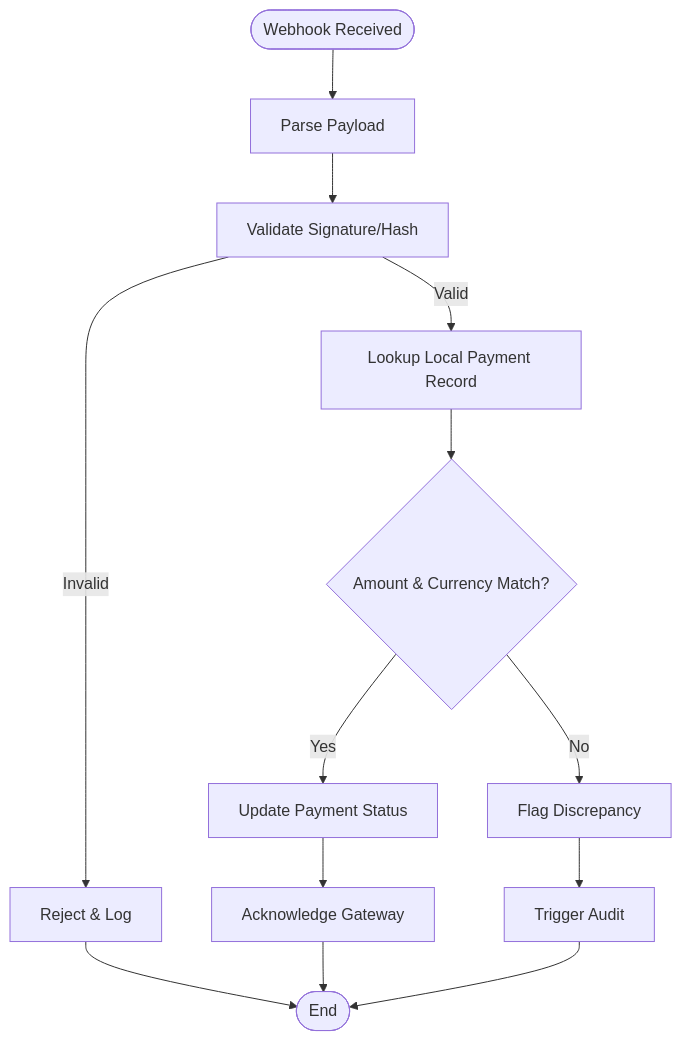
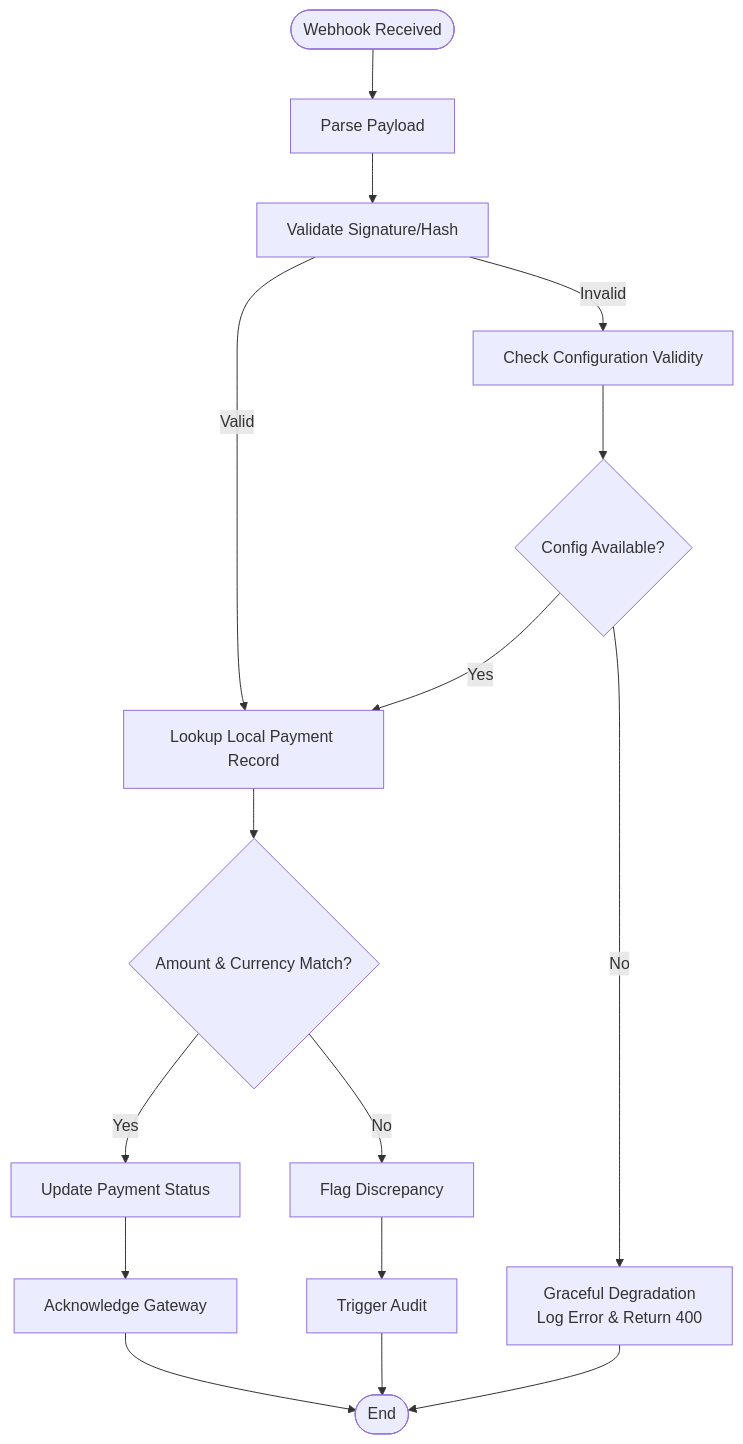
One commit to Hamdies/waddy_back changed the eighth of 10 diagrams in .qoder/repowiki/en/content/Payment Processing System/Payment Processing System.md. Above: the diagram before and after it, drawn with Mermaid. The commit also changed other lines of this file and 4 other files, not shown here.

````diff
--- a/.qoder/repowiki/en/content/Payment Processing System/Payment Processing System.md
+++ b/.qoder/repowiki/en/content/Payment Processing System/Payment Processing System.md
@@ -520,15 +585,18 @@
 ```mermaid
 flowchart TD
 Start(["Webhook Received"]) --> Parse["Parse Payload"]
 Parse --> Validate["Validate Signature/Hash"]
 Validate --> |Valid| Lookup["Lookup Local Payment Record"]
-Validate --> |Invalid| Reject["Reject & Log"]
+Validate --> |Invalid| ConfigCheck["Check Configuration Validity"]
+ConfigCheck --> ConfigValid{"Config Available?"}
+ConfigValid --> |Yes| Lookup
+ConfigValid --> |No| Graceful["Graceful Degradation<br/>Log Error & Return 400"]
 Lookup --> Match{"Amount & Currency Match?"}
 Match --> |Yes| Update["Update Payment Status"]
 Match --> |No| Discrepancy["Flag Discrepancy"]
 Update --> Ack["Acknowledge Gateway"]
 Discrepancy --> Audit["Trigger Audit"]
-Reject --> End(["End"])
+Graceful --> End(["End"])
 Ack --> End
 Audit --> End
 ```
````
